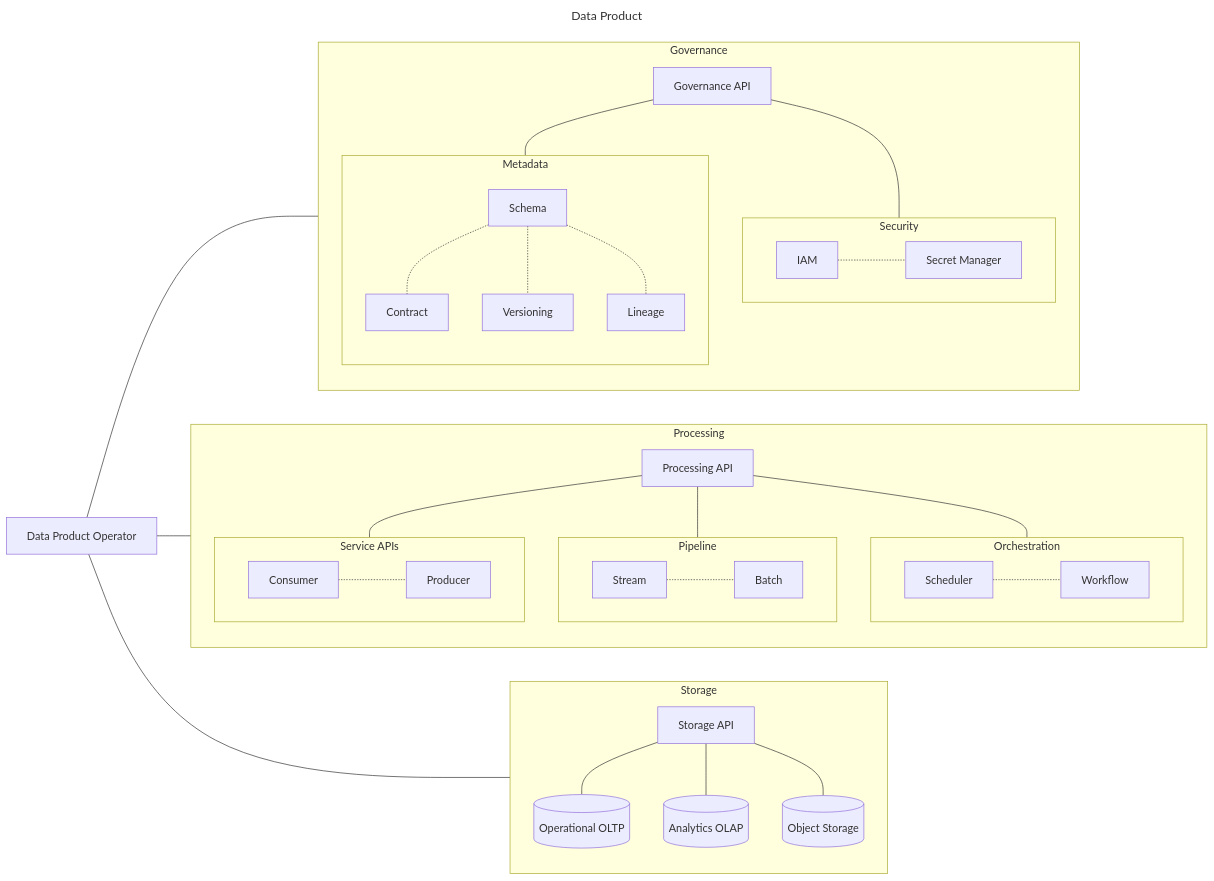
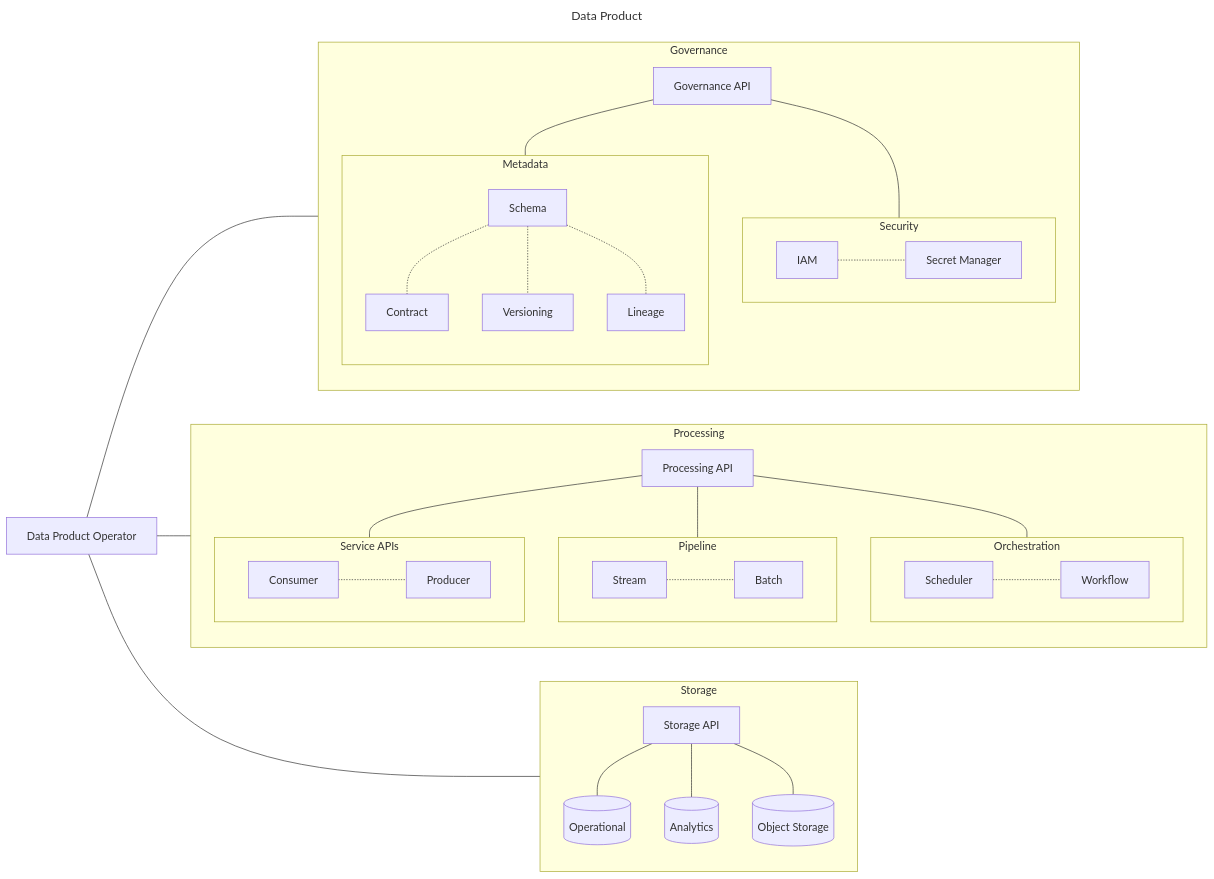
Before and after one commit to dappmesh/dappmesh: the diagram in docs/architecture/data-product.md, drawn with Mermaid. The commit also changed other lines of this file, not shown here.

````diff
--- a/docs/architecture/data-product.md
+++ b/docs/architecture/data-product.md
@@ -6,69 +6,69 @@
 ```mermaid
 ---
 title: Data Product 
 ---
 flowchart LR
 
     subgraph governance[Governance]
         direction TB
 
         subgraph security[Security]
             direction LR
             
             iam[IAM] -.- vault[Secret Manager]
         end
 
         subgraph metadata[Metadata]
             direction TB
             
             schema[Schema] -.- contract[Contract]
             schema[Schema] -.- versioning[Versioning]
             schema[Schema] -.- lineage[Lineage]
         end
         
         governanceAPI[Governance API] --- security
         governanceAPI[Governance API] --- metadata
     end 
 
     subgraph processing[Processing]
         direction TB
 
         subgraph pipeline[Pipeline]
             direction LR
 
             stream[Stream] -.- batch[Batch]
         end
 
         subgraph orchestration[Orchestration]
             direction LR
 
             scheduler[Scheduler] -.- workflow[Workflow]
         end
 
         subgraph api[Service APIs]
             direction LR
 
             consumer[Consumer] -.- producer[Producer]
         end
 
         processingAPI[Processing API] --- pipeline
         processingAPI[Processing API] --- orchestration
         processingAPI[Processing API] --- api
     end
 
     subgraph storage[Storage]
         direction TB
 
-        operationalDatabase[(Operational OLTP)]
-        analyticsDatabase[(Analytics OLAP)]
+        operationalDatabase[(Operational)]
+        analyticsDatabase[(Analytics)]
         objectStorage[(Object Storage)]
 
         storageAPI[Storage API] --- operationalDatabase
         storageAPI[Storage API] --- analyticsDatabase
         storageAPI[Storage API] --- objectStorage
     end
 
     operator[Data Product Operator] --- governance
     operator[Data Product Operator] --- processing
     operator[Data Product Operator] --- storage
 ```
````
